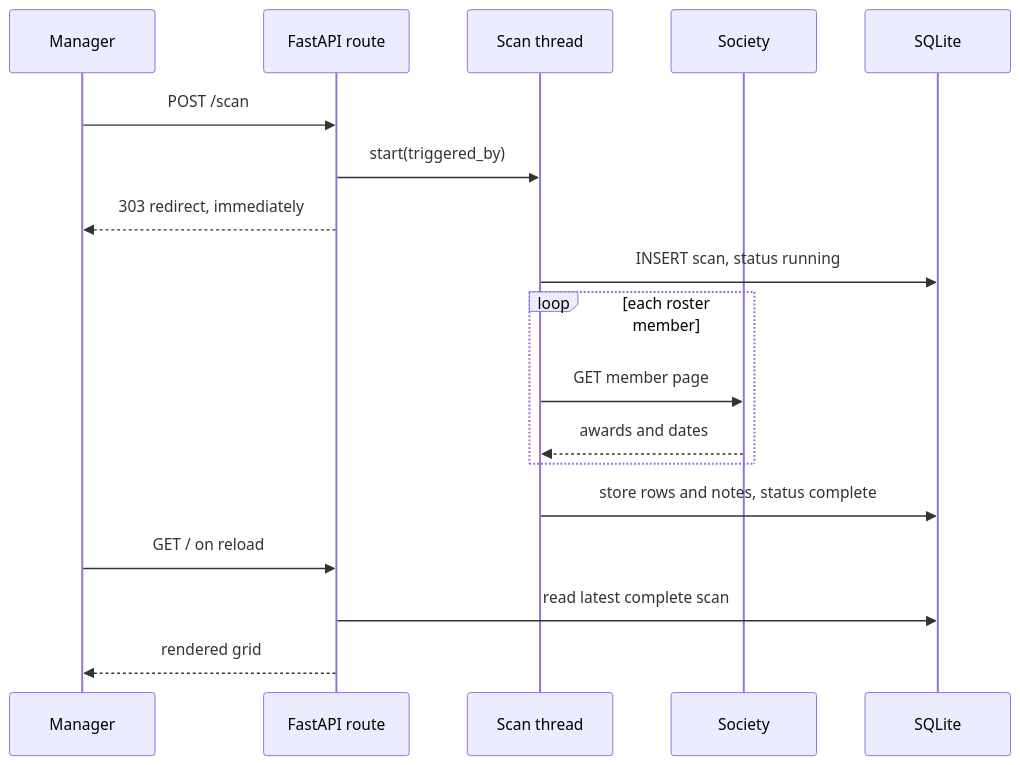
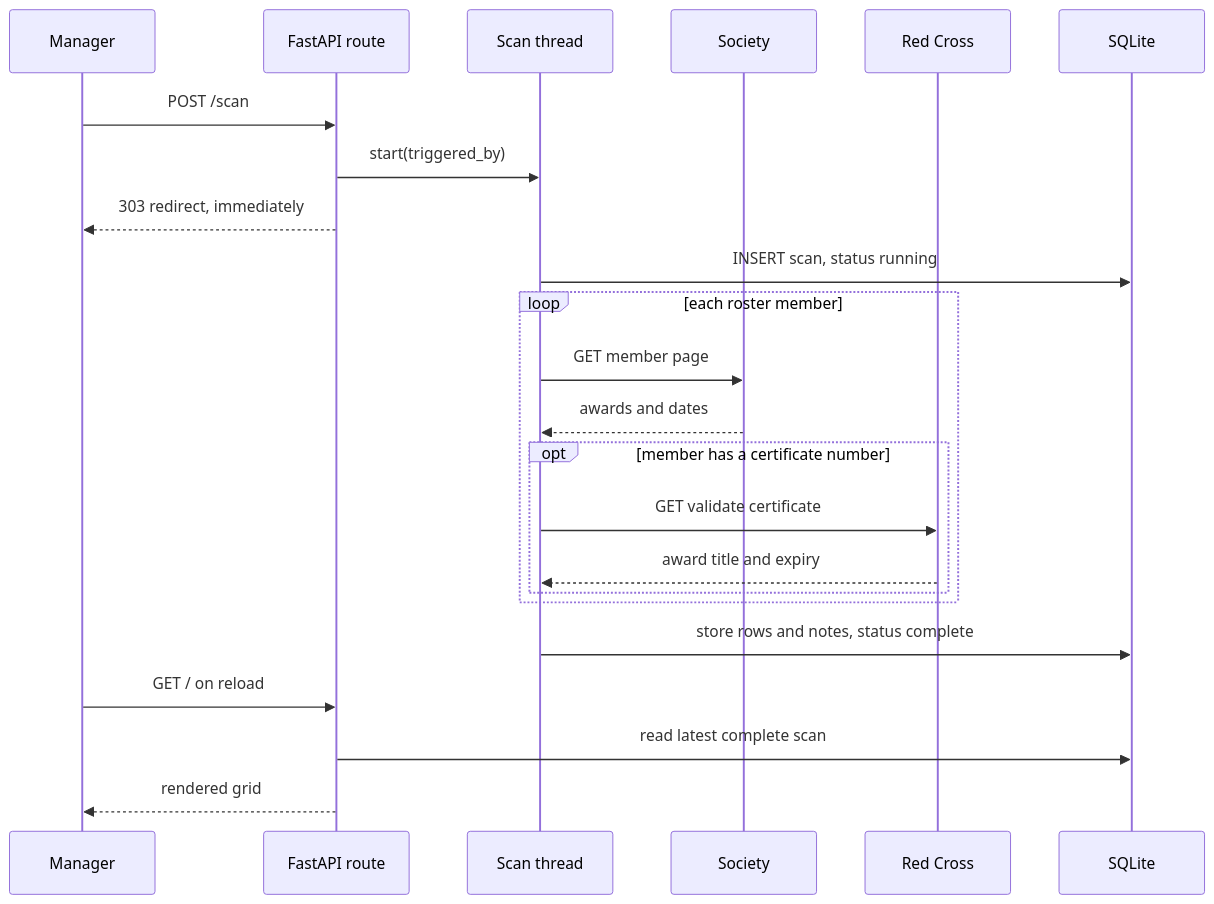
The second of 2 diagrams in docs/architecture.md (willtheorangeguy/ucac-certs), drawn with Mermaid before and after one commit. The commit also changed other lines of this file and 28 other files, not shown here.

Commit message:
feat: add Red Cross scraping

````diff
--- a/docs/architecture.md
+++ b/docs/architecture.md
@@ -111,20 +141,25 @@
 ```mermaid
 sequenceDiagram
   participant M as Manager
   participant A as FastAPI route
   participant T as Scan thread
   participant S as Society
+  participant X as Red Cross
   participant D as SQLite
   M->>A: POST /scan
   A->>T: start(triggered_by)
   A-->>M: 303 redirect, immediately
   T->>D: INSERT scan, status running
   loop each roster member
     T->>S: GET member page
     S-->>T: awards and dates
+    opt member has a certificate number
+      T->>X: GET validate certificate
+      X-->>T: award title and expiry
+    end
   end
   T->>D: store rows and notes, status complete
   M->>A: GET / on reload
   A->>D: read latest complete scan
   A-->>M: rendered grid
 ```
````
